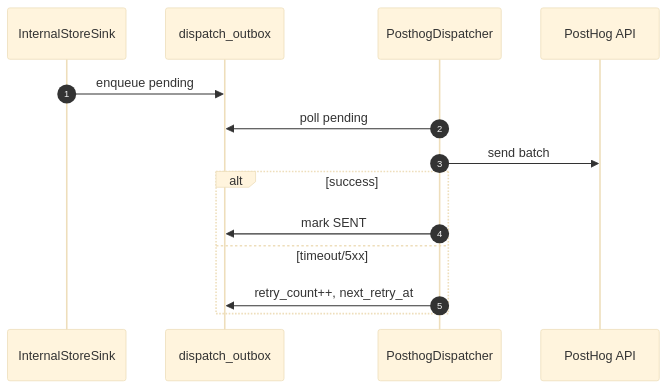
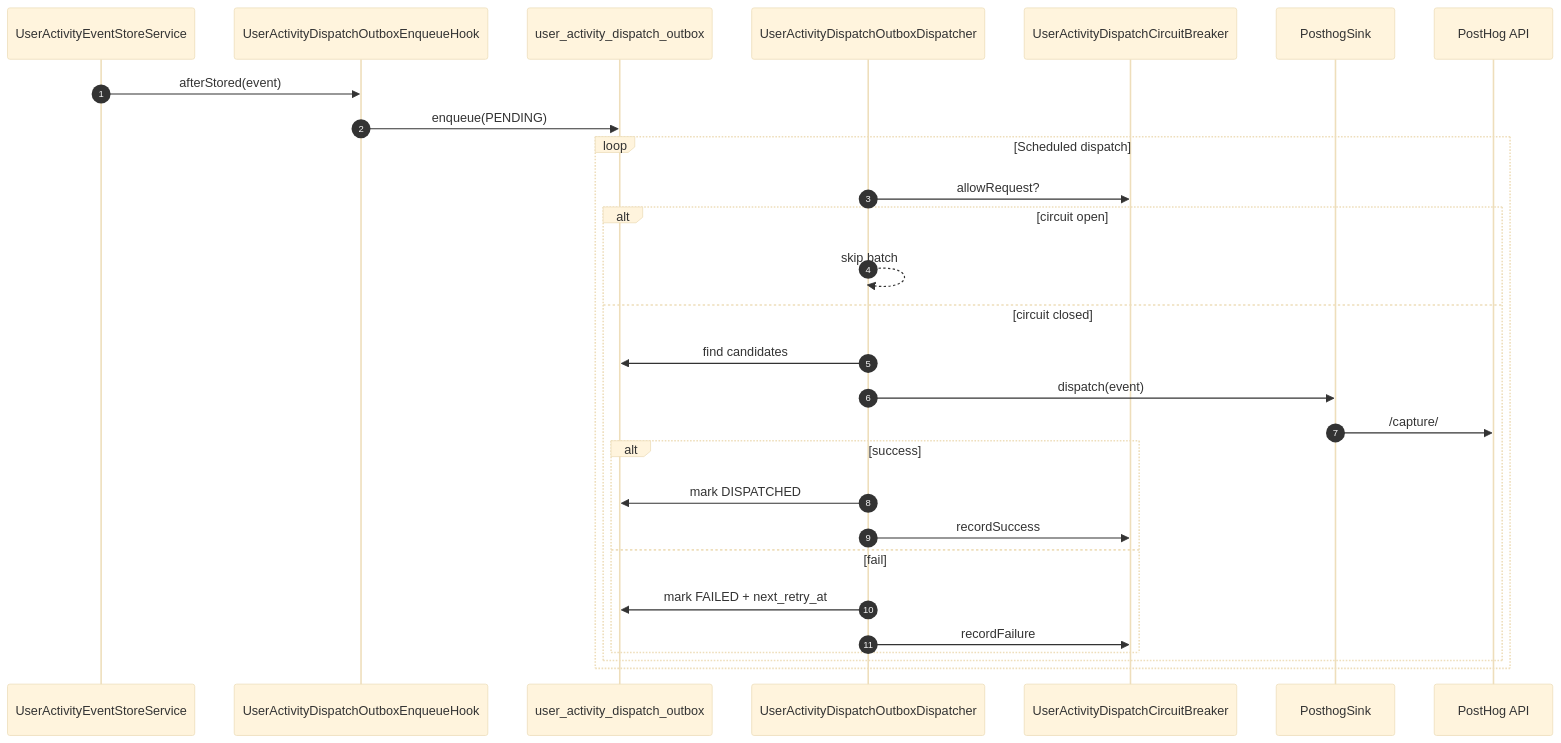
Before and after one commit to 100-hours-a-week/3-team-Tasteam-be: the fourth of 4 diagrams in docs/spec/tech/user-activity/README.md, drawn with Mermaid (base theme). The commit also changed other lines of this file and 4 other files, not shown here.

````diff
--- a/docs/spec/tech/user-activity/README.md
+++ b/docs/spec/tech/user-activity/README.md
@@ -222,17 +204,32 @@
 ```mermaid
 sequenceDiagram
     autonumber
-    participant STORE as InternalStoreSink
-    participant OX as dispatch_outbox
-    participant DIS as PosthogDispatcher
+    participant Store as UserActivityEventStoreService
+    participant Hook as UserActivityDispatchOutboxEnqueueHook
+    participant Outbox as user_activity_dispatch_outbox
+    participant Dispatcher as UserActivityDispatchOutboxDispatcher
+    participant Circuit as UserActivityDispatchCircuitBreaker
+    participant Sink as PosthogSink
     participant PH as PostHog API
 
-    STORE->>OX: enqueue pending
-    DIS->>OX: poll pending
-    DIS->>PH: send batch
-    alt success
-      DIS->>OX: mark SENT
-    else timeout/5xx
-      DIS->>OX: retry_count++, next_retry_at
+    Store->>Hook: afterStored(event)
+    Hook->>Outbox: enqueue(PENDING)
+
+    loop Scheduled dispatch
+      Dispatcher->>Circuit: allowRequest?
+      alt circuit open
+        Dispatcher-->>Dispatcher: skip batch
+      else circuit closed
+        Dispatcher->>Outbox: find candidates
+        Dispatcher->>Sink: dispatch(event)
+        Sink->>PH: /capture/
+        alt success
+          Dispatcher->>Outbox: mark DISPATCHED
+          Dispatcher->>Circuit: recordSuccess
+        else fail
+          Dispatcher->>Outbox: mark FAILED + next_retry_at
+          Dispatcher->>Circuit: recordFailure
+        end
+      end
     end
 ```
````
